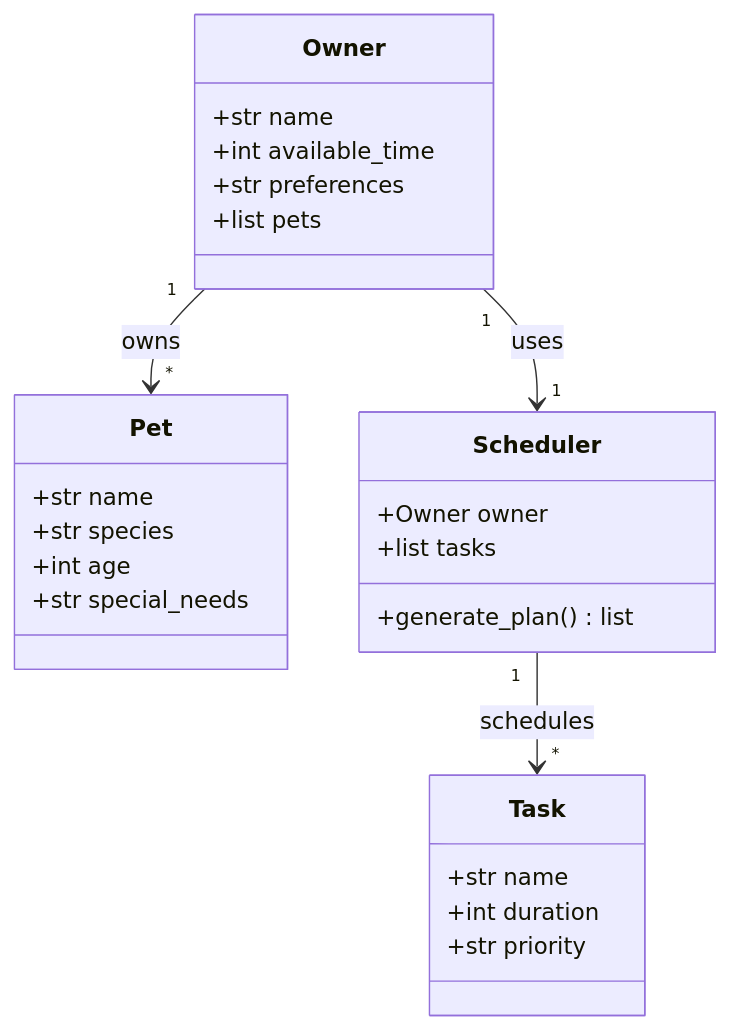
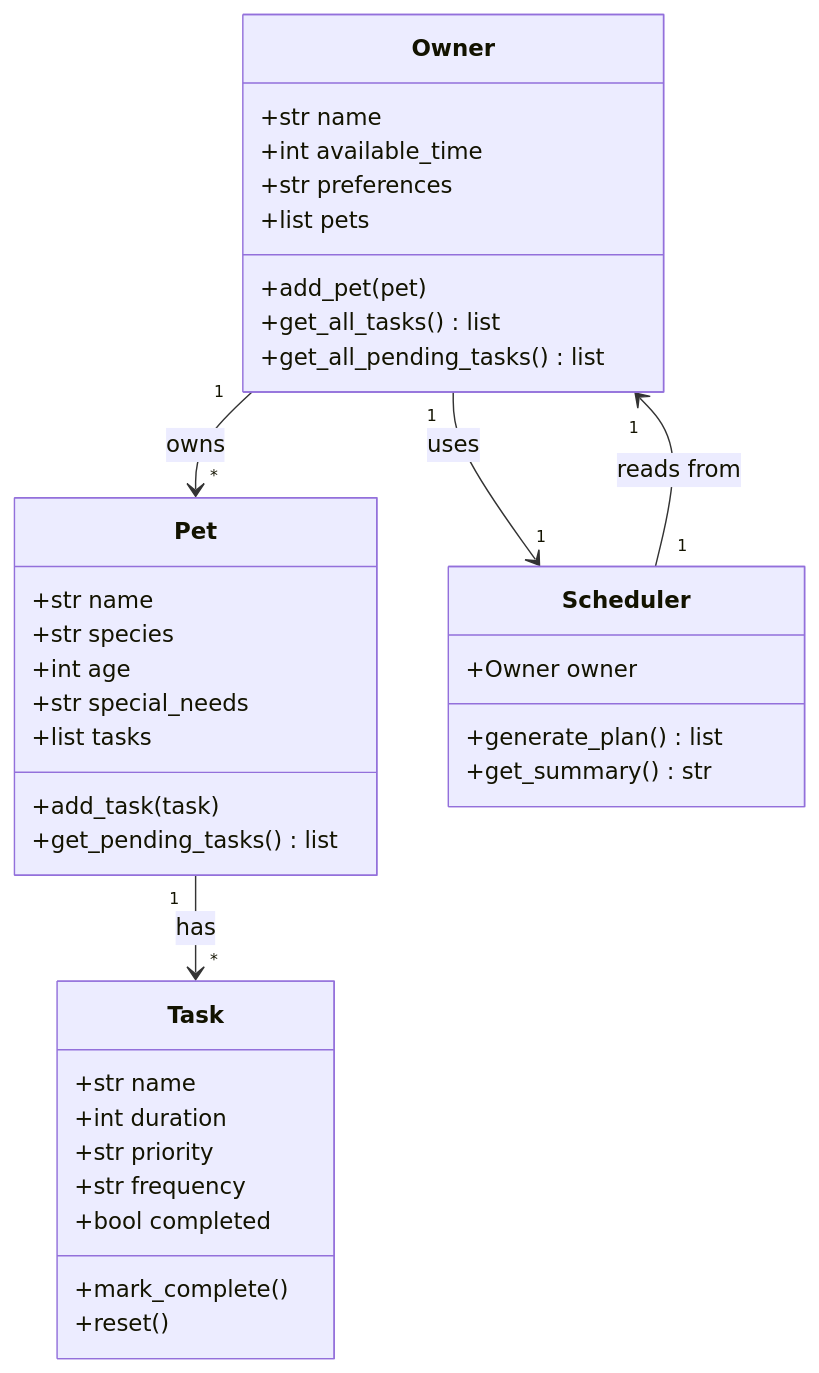
One commit to SeekingOmega/a110-final-extended-pet-scheduler changed the diagram in class_diagram.mmd. Above: the diagram before and after it, drawn with Mermaid. The commit also changed 1 other file, not shown here.

```diff
--- a/class_diagram.mmd
+++ b/class_diagram.mmd
@@ -1,30 +1,41 @@
 classDiagram
+    class Task {
+        +str name
+        +int duration
+        +str priority
+        +str frequency
+        +bool completed
+        +mark_complete()
+        +reset()
+    }
+
     class Pet {
         +str name
         +str species
         +int age
         +str special_needs
+        +list tasks
+        +add_task(task)
+        +get_pending_tasks() list
     }
 
     class Owner {
         +str name
         +int available_time
         +str preferences
         +list pets
-    }
-
-    class Task {
-        +str name
-        +int duration
-        +str priority
+        +add_pet(pet)
+        +get_all_tasks() list
+        +get_all_pending_tasks() list
     }
 
     class Scheduler {
         +Owner owner
-        +list tasks
         +generate_plan() list
+        +get_summary() str
     }
 
+    Pet "1" --> "*" Task : has
     Owner "1" --> "*" Pet : owns
     Owner "1" --> "1" Scheduler : uses
-    Scheduler "1" --> "*" Task : schedules
+    Scheduler "1" --> "1" Owner : reads from
```
